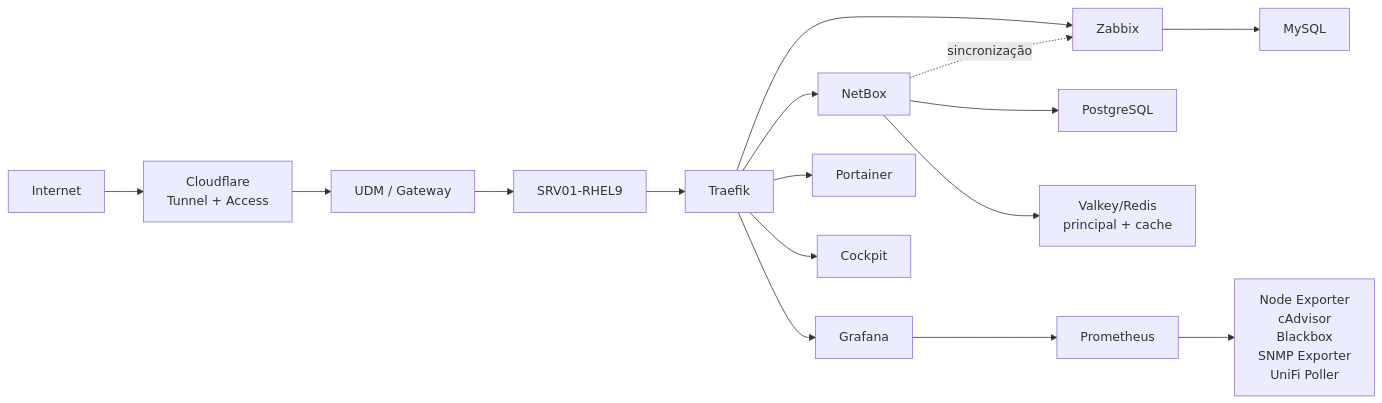
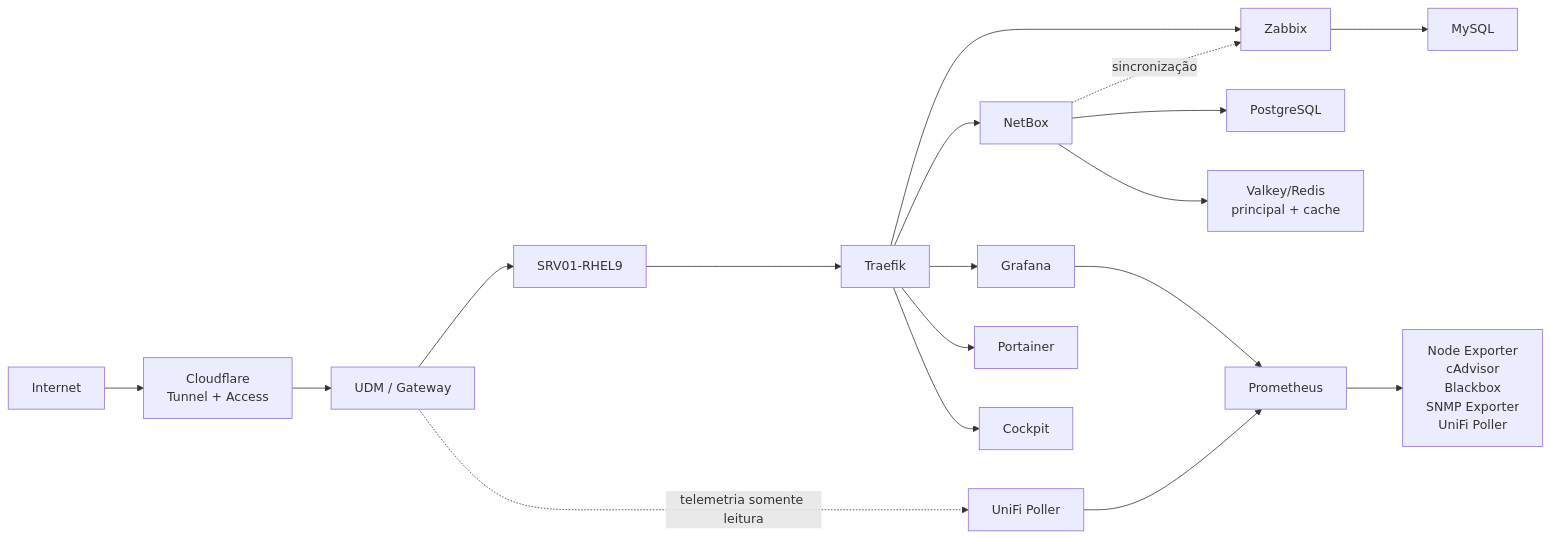
The diagram in README.md (marcosantoniotic/infrastructure-operations-platform), drawn with Mermaid before and after one commit. The commit also changed 11 other files, not shown here.

````diff
--- a/README.md
+++ b/README.md
@@ -73,22 +73,24 @@
 ```mermaid
 flowchart LR
     Internet["Internet"] --> Edge["Cloudflare<br/>Tunnel + Access"]
     Edge --> Gateway["UDM / Gateway"]
     Gateway --> Host["SRV01-RHEL9"]
     Host --> Proxy["Traefik"]
 
     Proxy --> Zabbix["Zabbix"]
     Zabbix --> ZabbixDB["MySQL"]
 
     Proxy --> NetBox["NetBox"]
     NetBox --> PostgreSQL["PostgreSQL"]
     NetBox --> Redis["Valkey/Redis<br/>principal + cache"]
 
     Proxy --> Grafana["Grafana"]
     Grafana --> Prometheus["Prometheus"]
     Prometheus --> Exporters["Node Exporter<br/>cAdvisor<br/>Blackbox<br/>SNMP Exporter<br/>UniFi Poller"]
+    Gateway -. "telemetria somente leitura" .-> UniFiPoller["UniFi Poller"]
+    UniFiPoller --> Prometheus
 
     Proxy --> Portainer["Portainer"]
     Proxy --> Cockpit["Cockpit"]
     NetBox -. "sincronização" .-> Zabbix
 ```
````
